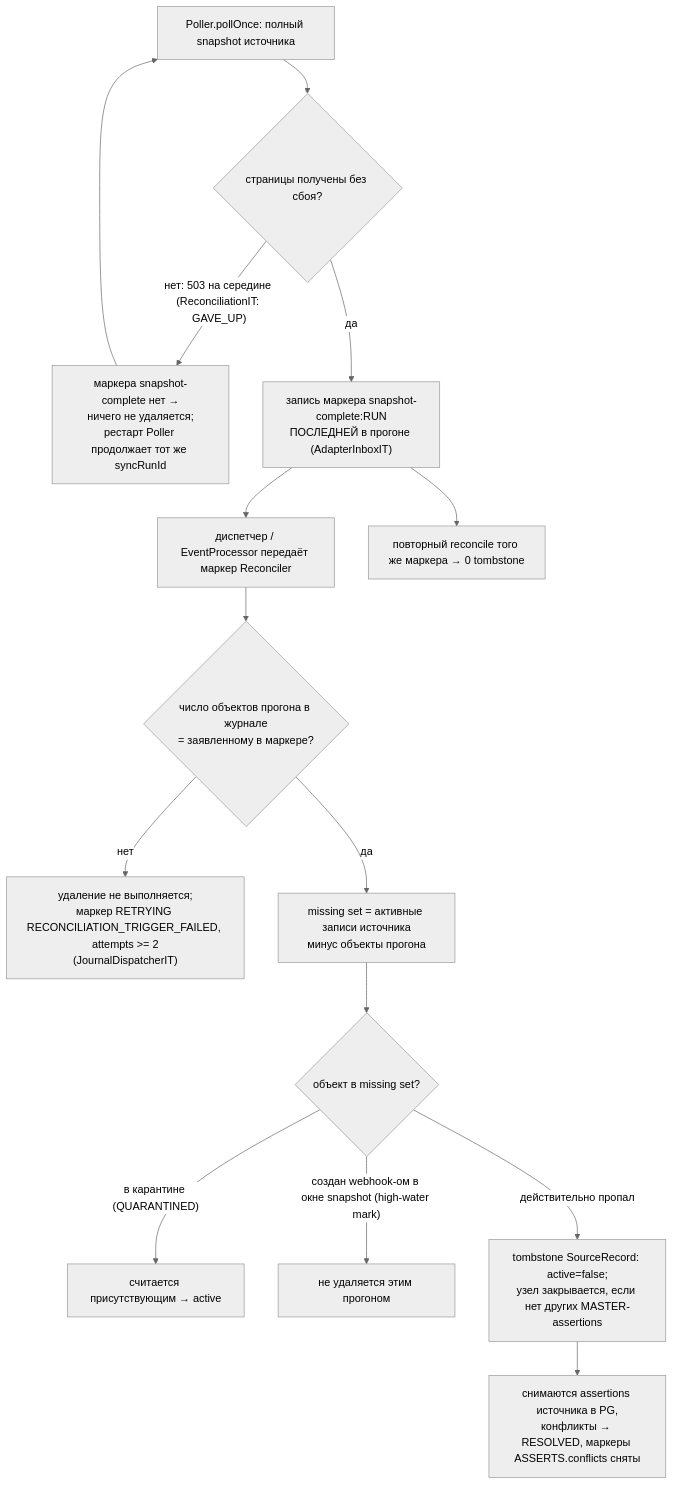
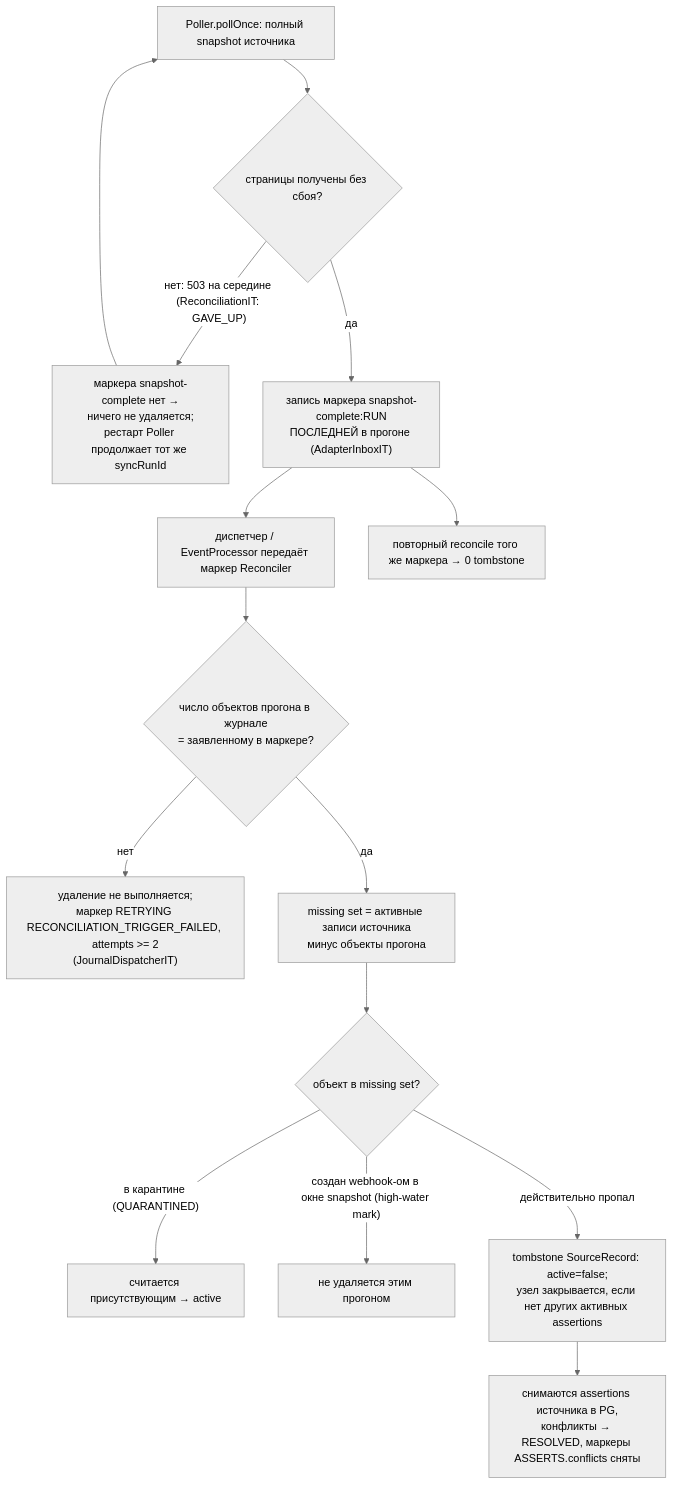
Before and after one commit to Unlocker/architecture-rag: the fourth of 5 diagrams in _reversa_sdd/flowcharts/integration-tests.md, drawn with Mermaid (neutral theme). The commit also changed other lines of this file and 25 other files, not shown here.

````diff
--- a/_reversa_sdd/flowcharts/integration-tests.md
+++ b/_reversa_sdd/flowcharts/integration-tests.md
@@ -91,17 +91,17 @@
 ```mermaid
 flowchart TD
   P["Poller.pollOnce: полный snapshot источника"] --> PG{"страницы получены без сбоя?"}
   PG -- "нет: 503 на середине (ReconciliationIT: GAVE_UP)" --> NM["маркера snapshot-complete нет →\nничего не удаляется;\nрестарт Poller продолжает тот же syncRunId"]
   NM --> P
   PG -- да --> MK["запись маркера snapshot-complete:RUN\nПОСЛЕДНЕЙ в прогоне (AdapterInboxIT)"]
   MK --> DP["диспетчер / EventProcessor передаёт маркер Reconciler"]
   DP --> CNT{"число объектов прогона в журнале\n= заявленному в маркере?"}
   CNT -- нет --> RT["удаление не выполняется;\nмаркер RETRYING RECONCILIATION_TRIGGER_FAILED, attempts >= 2\n(JournalDispatcherIT)"]
   CNT -- да --> MS["missing set = активные записи источника\nминус объекты прогона"]
   MS --> F{"объект в missing set?"}
   F -- "в карантине (QUARANTINED)" --> KP["считается присутствующим → active"]
   F -- "создан webhook-ом в окне snapshot (high-water mark)" --> KP2["не удаляется этим прогоном"]
-  F -- "действительно пропал" --> TB["tombstone SourceRecord: active=false;\nузел закрывается, если нет других MASTER-assertions"]
+  F -- "действительно пропал" --> TB["tombstone SourceRecord: active=false;\nузел закрывается, если нет других активных assertions"]
   TB --> RC["снимаются assertions источника в PG,\nконфликты → RESOLVED, маркеры ASSERTS.conflicts сняты"]
   MK --> RP["повторный reconcile того же маркера → 0 tombstone"]
 ```
````
